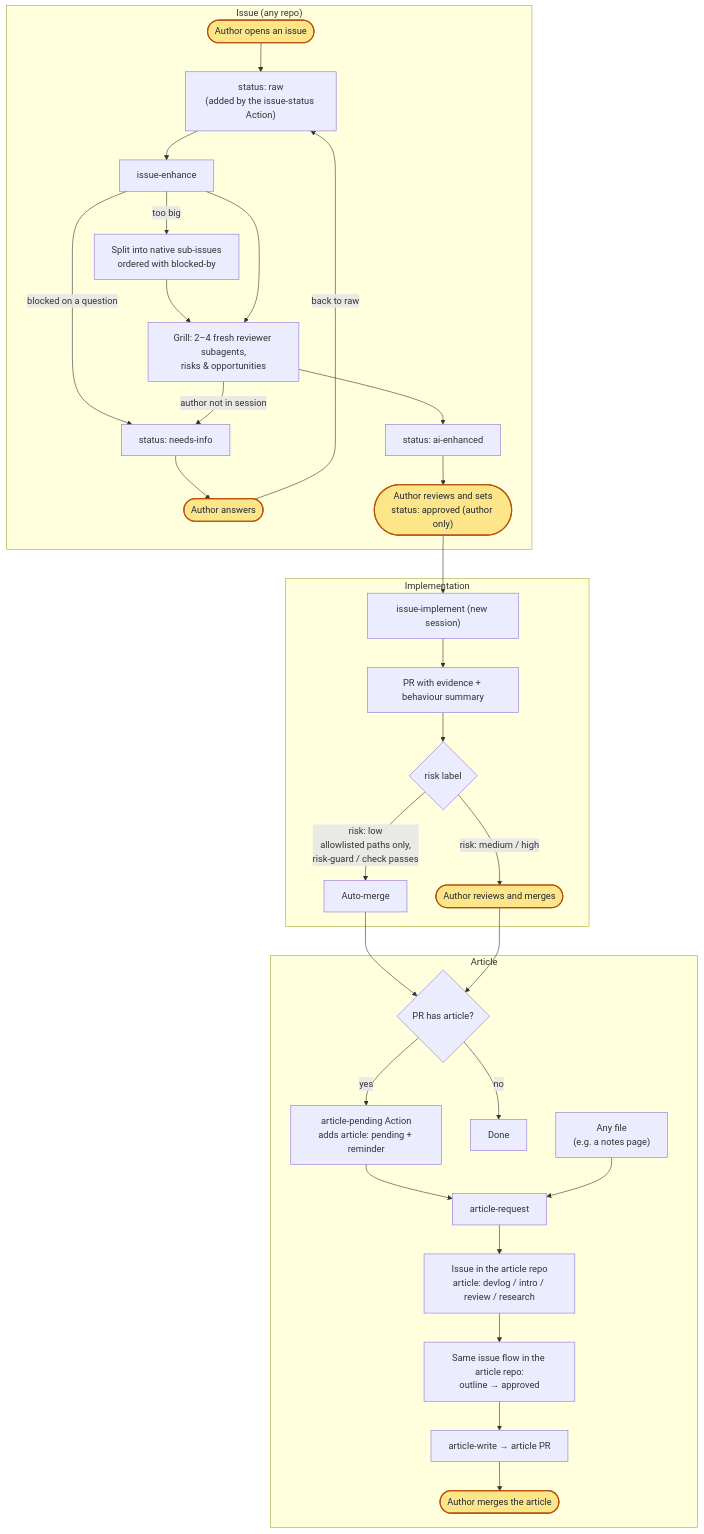
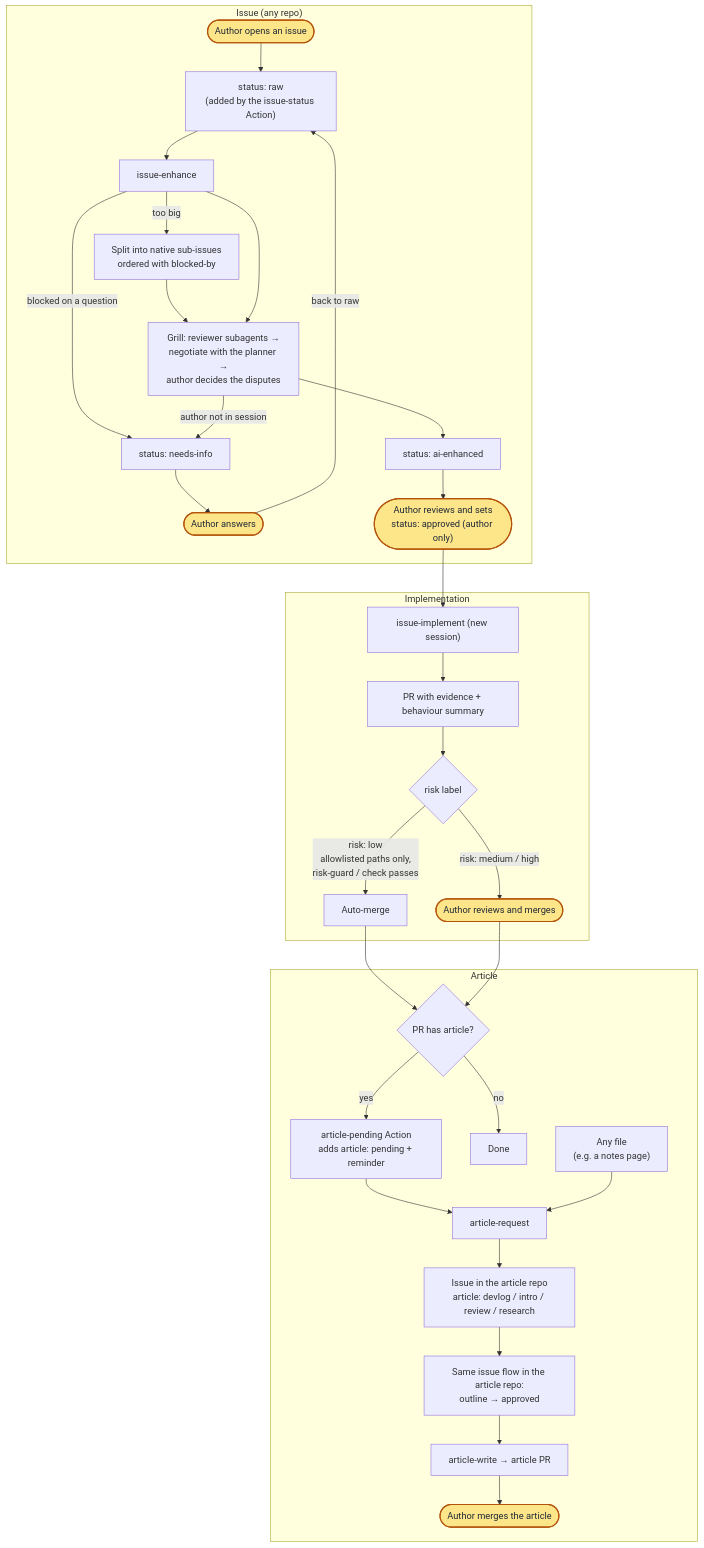
One commit to sean2249/skills changed the diagram in README.md. Above: the diagram before and after it, drawn with Mermaid. The commit also changed 1 other file, not shown here.

Commit message:
Negotiate Grill findings with each reviewer; symmetric A/B decisions
The planner answers every reviewer item (agree / rebut with evidence /
preference) and sends it back to the same subagent via SendMessage, at most
2 exchanges. Items end as agreed changes (applied), withdrawn (logged with
reasons so the author can overturn), or for the author. Only the last goes
to the author, in a fixed symmetric A (reviewer) / B (planner) format with
claim, reasoning, evidence, consequences, agreed points and no planner
recommendation. Decisions record A / B / other with the date; the round
comment lists changed, withdrawn, asked and unreviewed. README diagram
updated.

````diff
--- a/README.md
+++ b/README.md
@@ -34,39 +34,39 @@
 ```mermaid
 flowchart TD
   subgraph ISSUE["Issue (any repo)"]
     A(["Author opens an issue"]):::author --> B["status: raw<br/>(added by the issue-status Action)"]
     B --> C["issue-enhance"]
     C -->|blocked on a question| D["status: needs-info"]
     D --> E(["Author answers"]):::author
     E -->|back to raw| B
     C -->|too big| F["Split into native sub-issues<br/>ordered with blocked-by"]
     F --> GR
-    C --> GR["Grill: 2–4 fresh reviewer subagents,<br/>risks & opportunities"]
+    C --> GR["Grill: reviewer subagents →<br/>negotiate with the planner →<br/>author decides the disputes"]
     GR --> G["status: ai-enhanced"]
     GR -->|author not in session| D
     G --> H(["Author reviews and sets<br/>status: approved (author only)"]):::author
   end
 
   subgraph IMPL["Implementation"]
     H --> I["issue-implement (new session)"]
     I --> J["PR with evidence + behaviour summary"]
     J --> K{"risk label"}
     K -->|"risk: low<br/>allowlisted paths only,<br/>risk-guard / check passes"| L["Auto-merge"]
     K -->|"risk: medium / high"| M(["Author reviews and merges"]):::author
   end
 
   subgraph ART["Article"]
     L --> N{"PR has article?"}
     M --> N
     N -->|yes| O["article-pending Action<br/>adds article: pending + reminder"]
     N -->|no| Z["Done"]
     O --> P["article-request"]
     Q["Any file<br/>(e.g. a notes page)"] --> P
     P --> R["Issue in the article repo<br/>article: devlog / intro / review / research"]
     R --> S["Same issue flow in the article repo:<br/>outline → approved"]
     S --> T["article-write → article PR"]
     T --> U(["Author merges the article"]):::author
   end
 
   classDef author fill:#fde68a,stroke:#b45309,color:#1f2937,stroke-width:2px
 ```
````
